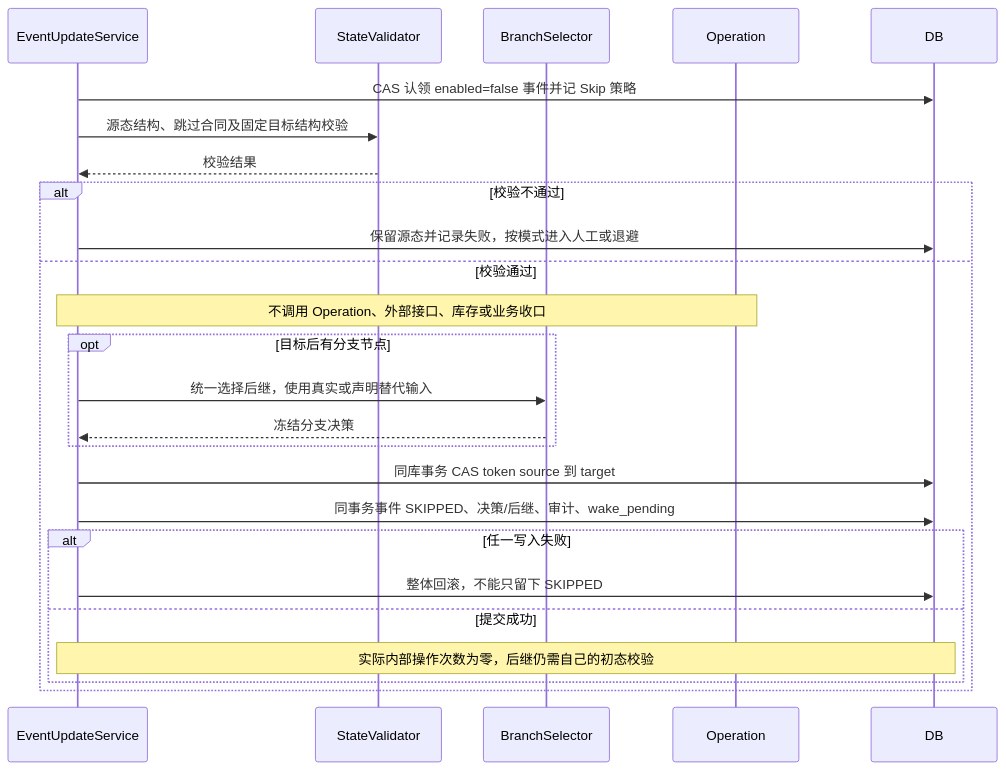
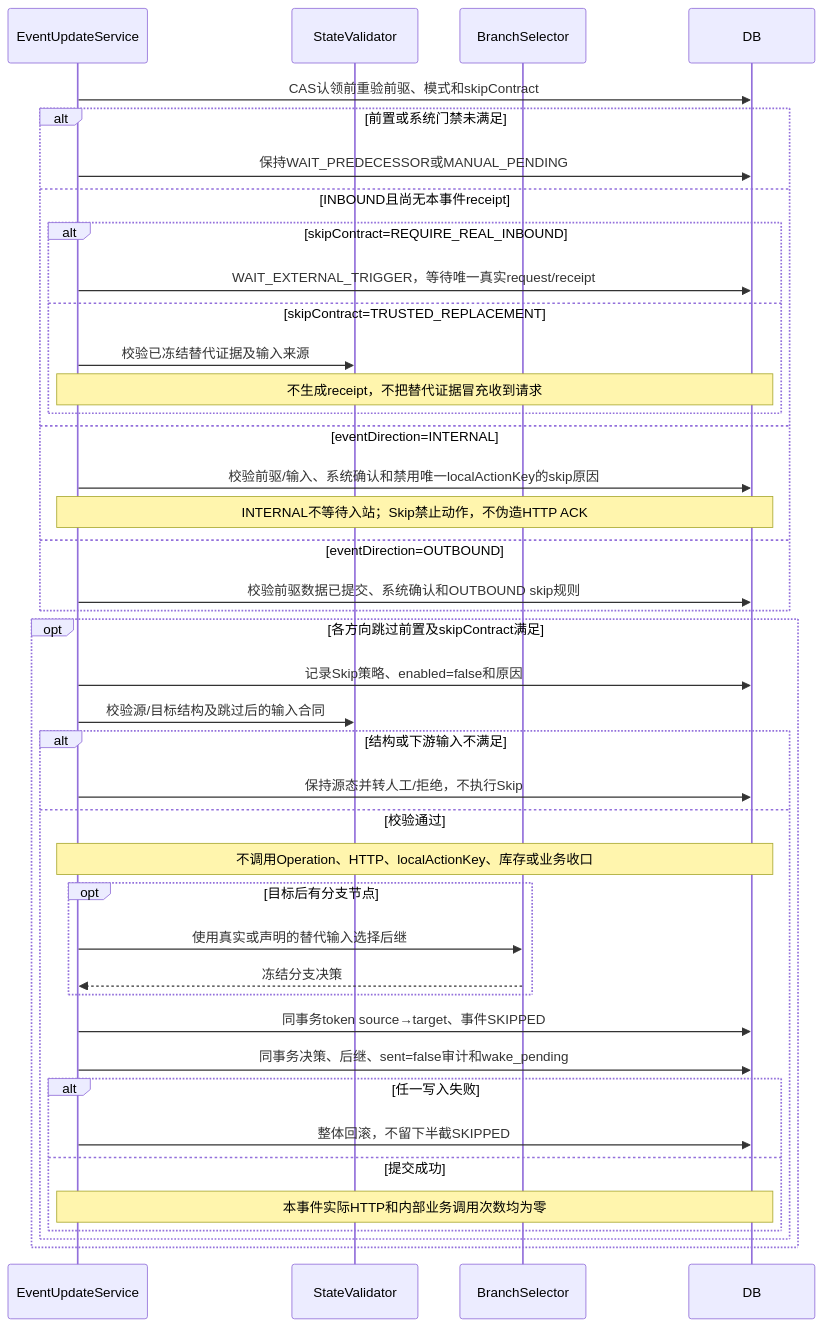
One commit to Yohmien/innolux-iws changed the seventh of 36 diagrams in docs/plan-event-state-machine-sequences.md. Above: the diagram before and after it, drawn with Mermaid. The commit also changed other lines of this file and 3 other files, not shown here.

````diff
--- a/docs/plan-event-state-machine-sequences.md
+++ b/docs/plan-event-state-machine-sequences.md
@@ -215,27 +373,43 @@
 ```mermaid
 sequenceDiagram
   participant E as EventUpdateService
   participant V as StateValidator
   participant B as BranchSelector
-  participant O as Operation
   participant D as DB
-  E->>D: CAS 认领 enabled=false 事件并记 Skip 策略
-  E->>V: 源态结构、跳过合同及固定目标结构校验
-  V-->>E: 校验结果
-  alt 校验不通过
-    E->>D: 保留源态并记录失败，按模式进入人工或退避
-  else 校验通过
-    Note over E,O: 不调用 Operation、外部接口、库存或业务收口
-    opt 目标后有分支节点
-      E->>B: 统一选择后继，使用真实或声明替代输入
-      B-->>E: 冻结分支决策
+  E->>D: CAS认领前重验前驱、模式和skipContract
+  alt 前置或系统门禁未满足
+    E->>D: 保持WAIT_PREDECESSOR或MANUAL_PENDING
+  else INBOUND且尚无本事件receipt
+    alt skipContract=REQUIRE_REAL_INBOUND
+      E->>D: WAIT_EXTERNAL_TRIGGER，等待唯一真实request/receipt
+    else skipContract=TRUSTED_REPLACEMENT
+      E->>V: 校验已冻结替代证据及输入来源
+      Note over E,D: 不生成receipt，不把替代证据冒充收到请求
     end
-    E->>D: 同库事务 CAS token source 到 target
-    E->>D: 同事务事件 SKIPPED、决策/后继、审计、wake_pending
-    alt 任一写入失败
-      E->>D: 整体回滚，不能只留下 SKIPPED
-    else 提交成功
-      Note over E,D: 实际内部操作次数为零，后继仍需自己的初态校验
+  else eventDirection=INTERNAL
+    E->>D: 校验前驱/输入、系统确认和禁用唯一localActionKey的skip原因
+    Note over E,D: INTERNAL不等待入站；Skip禁止动作，不伪造HTTP ACK
+  else eventDirection=OUTBOUND
+    E->>D: 校验前驱数据已提交、系统确认和OUTBOUND skip规则
+  end
+  opt 各方向跳过前置及skipContract满足
+    E->>D: 记录Skip策略、enabled=false和原因
+    E->>V: 校验源/目标结构及跳过后的输入合同
+    alt 结构或下游输入不满足
+      E->>D: 保持源态并转人工/拒绝，不执行Skip
+    else 校验通过
+      Note over E,D: 不调用Operation、HTTP、localActionKey、库存或业务收口
+      opt 目标后有分支节点
+        E->>B: 使用真实或声明的替代输入选择后继
+        B-->>E: 冻结分支决策
+      end
+      E->>D: 同事务token source→target、事件SKIPPED
+      E->>D: 同事务决策、后继、sent=false审计和wake_pending
+      alt 任一写入失败
+        E->>D: 整体回滚，不留下半截SKIPPED
+      else 提交成功
+        Note over E,D: 本事件实际HTTP和内部业务调用次数均为零
+      end
     end
   end
 ```
````
